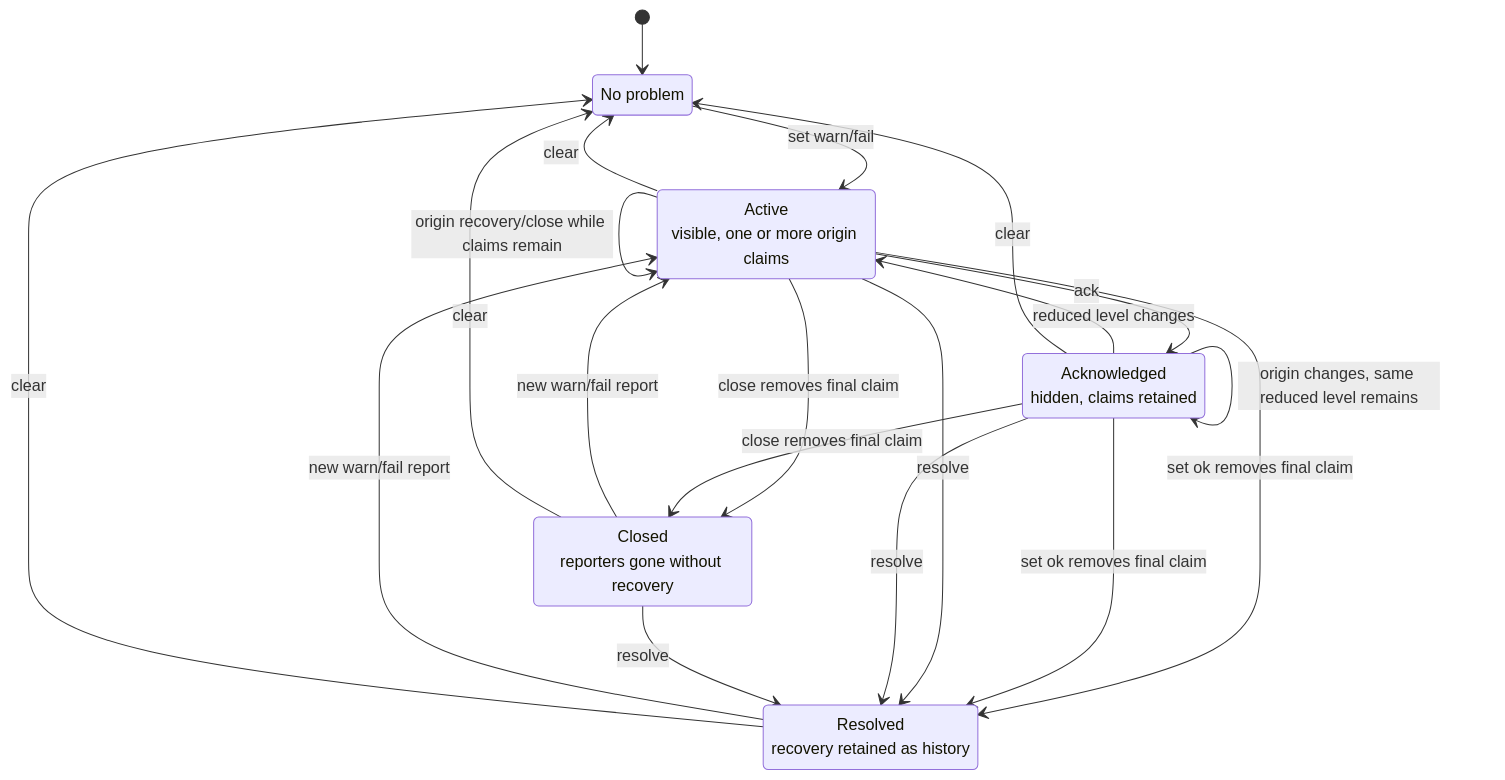
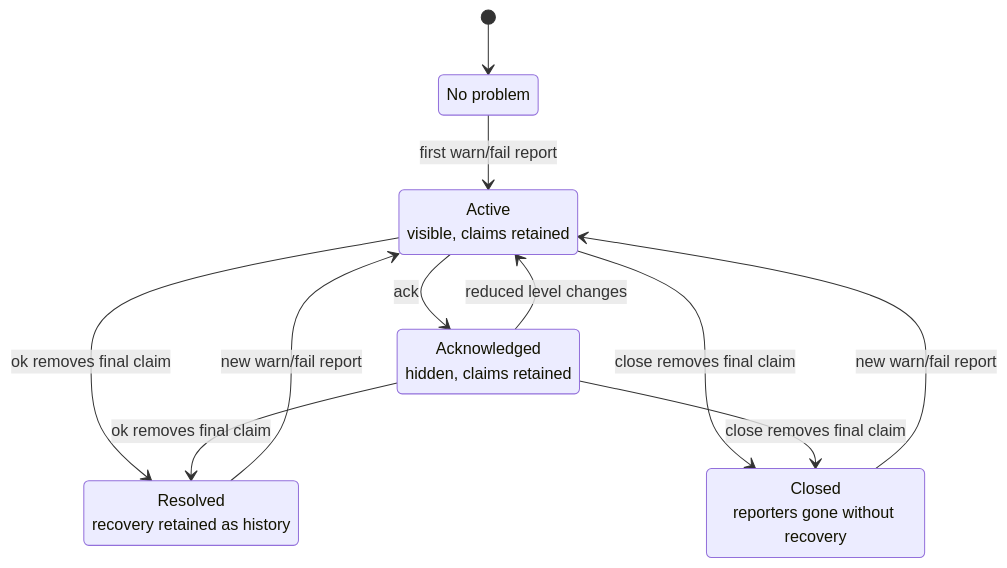
The third of 4 diagrams in docs/lifecycle-signals.md (andrewjstryker/tmux-airline), drawn with Mermaid before and after one commit. The commit also changed other lines of this file and 6 other files, not shown here.

````diff
--- a/docs/lifecycle-signals.md
+++ b/docs/lifecycle-signals.md
@@ -182,29 +204,19 @@
 ```mermaid
 stateDiagram-v2
     state "No problem" as None
-    state "Active<br/>visible, one or more origin claims" as Active
+    state "Active<br/>visible, claims retained" as Active
     state "Acknowledged<br/>hidden, claims retained" as Acknowledged
     state "Closed<br/>reporters gone without recovery" as Closed
     state "Resolved<br/>recovery retained as history" as Resolved
 
     [*] --> None
-    None --> Active: set warn/fail
-    Active --> Active: add/update an origin
-    Active --> Active: origin recovery/close while claims remain
+    None --> Active: first warn/fail report
     Active --> Acknowledged: ack
-    Acknowledged --> Acknowledged: origin changes, same reduced level remains
     Acknowledged --> Active: reduced level changes
-    Active --> Resolved: set ok removes final claim
-    Acknowledged --> Resolved: set ok removes final claim
+    Active --> Resolved: ok removes final claim
+    Acknowledged --> Resolved: ok removes final claim
     Active --> Closed: close removes final claim
     Acknowledged --> Closed: close removes final claim
     Closed --> Active: new warn/fail report
     Resolved --> Active: new warn/fail report
-    Active --> Resolved: resolve
-    Acknowledged --> Resolved: resolve
-    Closed --> Resolved: resolve
-    Active --> None: clear
-    Acknowledged --> None: clear
-    Closed --> None: clear
-    Resolved --> None: clear
 ```
````
